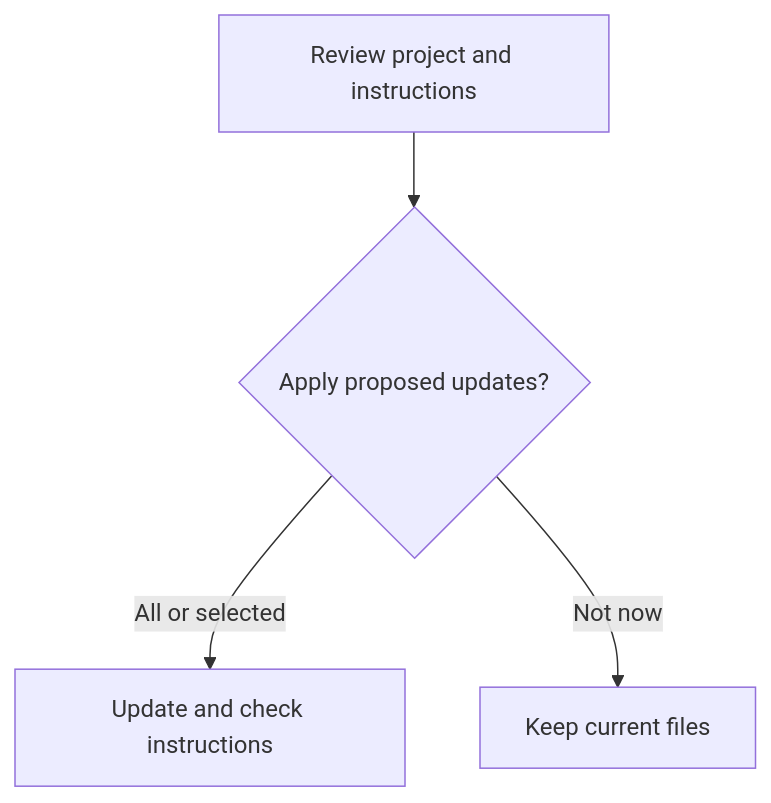
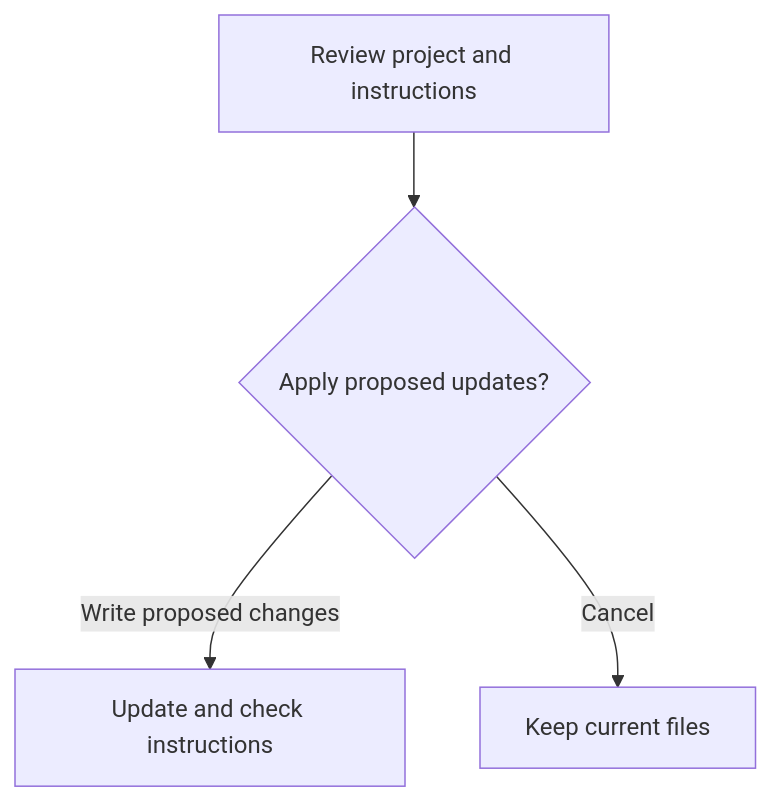
One commit to myowinthein/agent-helm changed the diagram in docs/commands/log.md. Above: the diagram before and after it, drawn with Mermaid. The commit also changed other lines of this file and 4 other files, not shown here.

````diff
--- a/docs/commands/log.md
+++ b/docs/commands/log.md
@@ -17,6 +17,6 @@
 ```mermaid
 flowchart TD
   Review["Review project and instructions"] --> Choose{"Apply proposed updates?"}
-  Choose -->|All or selected| Save["Update and check instructions"]
-  Choose -->|Not now| Keep["Keep current files"]
+  Choose -->|Write proposed changes| Save["Update and check instructions"]
+  Choose -->|Cancel| Keep["Keep current files"]
 ```
````
